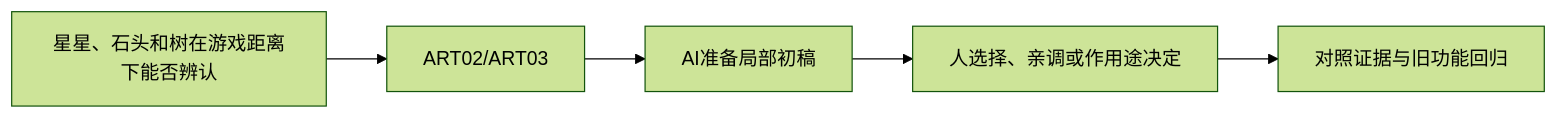
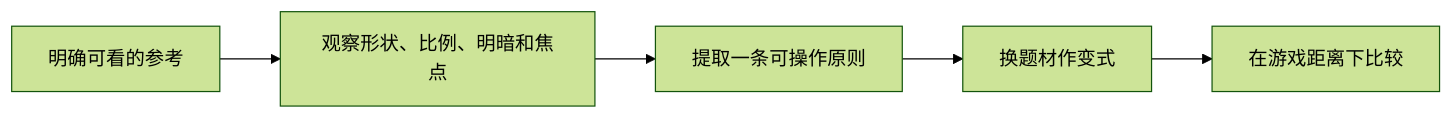
The diagram in curriculum/lessons/R02.md (Zilur/ai-3d-game-learning), drawn with Mermaid (forest theme) before and after one commit. The commit also changed other lines of this file and 164 other files, not shown here.

Commit message:
docs: publish 47 step-by-step AI lesson flows, world upgrade and optional training corner

````diff
--- a/curriculum/lessons/R02.md
+++ b/curriculum/lessons/R02.md
@@ -38,7 +35,7 @@
 ```mermaid
 flowchart LR
-  S["星星、石头和树在游戏距离下能否辨认"] --> K["ART02/ART03"]
-  K --> AI["AI准备局部初稿"]
-  AI --> H["人选择、亲调或作用途决定"]
-  H --> V["对照证据与旧功能回归"]
+ R["明确可看的参考"] --> O["观察形状、比例、明暗和焦点"]
+ O --> C["提取一条可操作原则"]
+ C --> V["换题材作变式"]
+ V --> G["在游戏距离下比较"]
 ```
````
